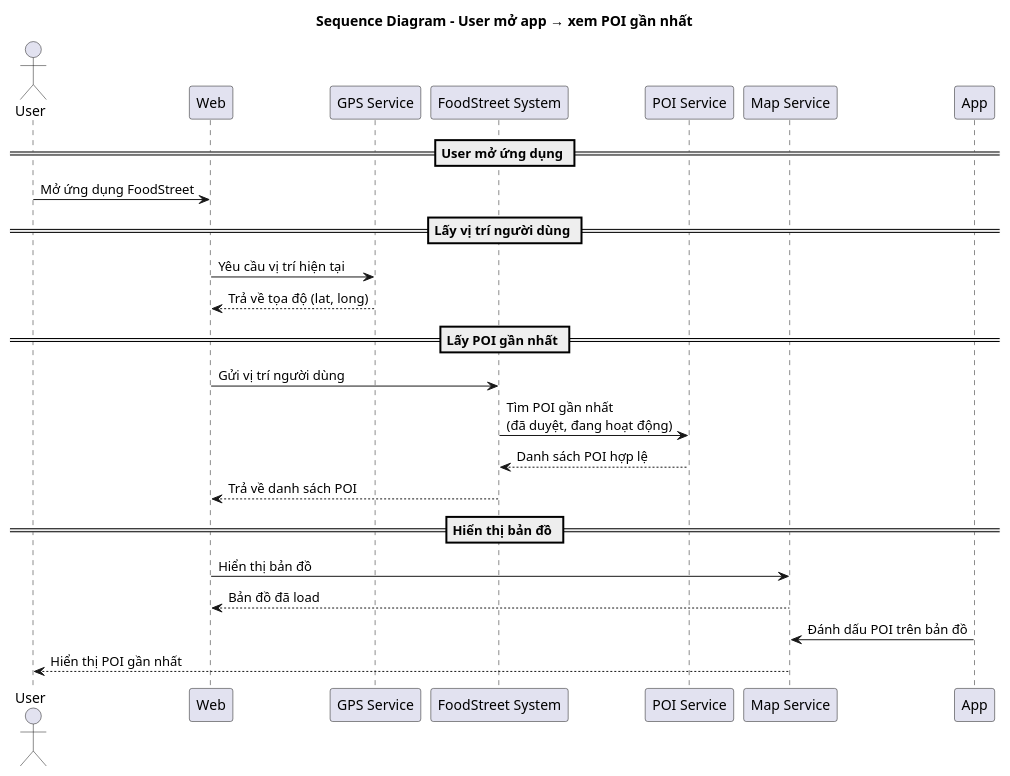
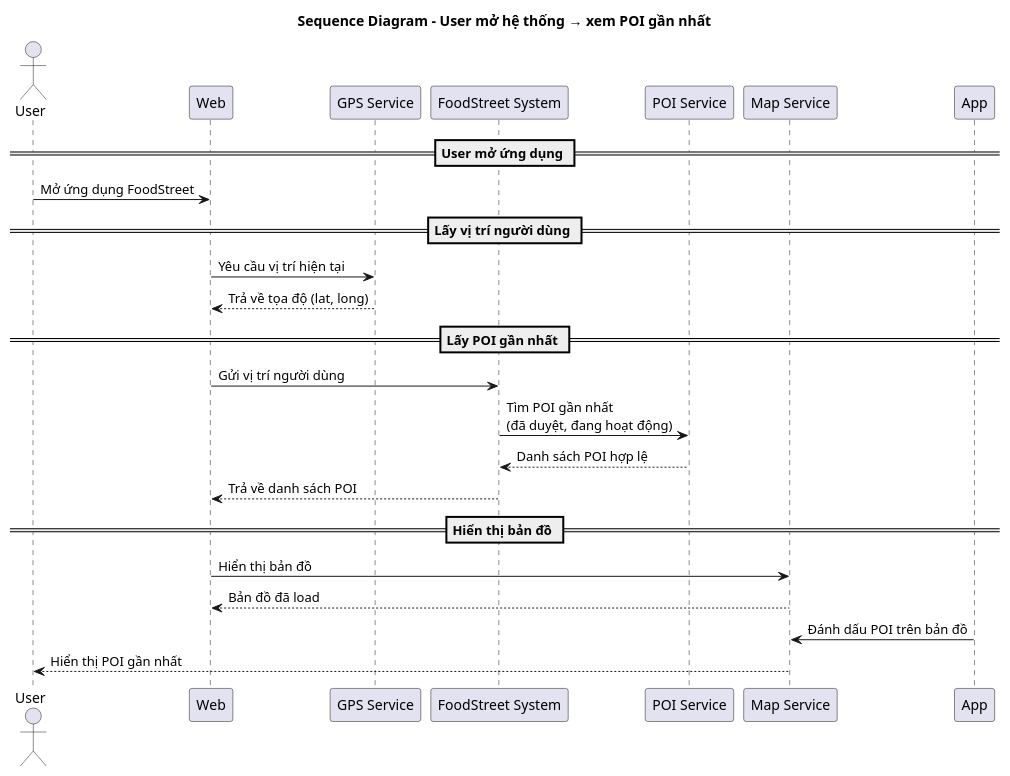
One commit to Quin19FD/foodstreet-guide-platform changed the diagram in SequenceDiagram/UserMoApp.puml. Above: the diagram before and after it, drawn with PlantUML. The commit also changed 2 other files, not shown here.

Commit message:
update diagrams

```diff
--- a/SequenceDiagram/UserMoApp.puml
+++ b/SequenceDiagram/UserMoApp.puml
@@ -1,31 +1,31 @@
 @startuml
-title Sequence Diagram - User mở app → xem POI gần nhất
+title Sequence Diagram - User mở hệ thống → xem POI gần nhất
 
 actor User
 participant "Web" as Web
 participant "GPS Service" as GPS
 participant "FoodStreet System" as System
 participant "POI Service" as POI
 participant "Map Service" as Map
 
 == User mở ứng dụng ==
 User -> Web : Mở ứng dụng FoodStreet
 
 == Lấy vị trí người dùng ==
 Web -> GPS : Yêu cầu vị trí hiện tại
 GPS --> Web : Trả về tọa độ (lat, long)
 
 == Lấy POI gần nhất ==
 Web -> System : Gửi vị trí người dùng
 System -> POI : Tìm POI gần nhất\n(đã duyệt, đang hoạt động)
 POI --> System : Danh sách POI hợp lệ
 System --> Web : Trả về danh sách POI
 
 == Hiển thị bản đồ ==
 Web -> Map : Hiển thị bản đồ
 Map --> Web : Bản đồ đã load
 
 App -> Map : Đánh dấu POI trên bản đồ
 Map --> User : Hiển thị POI gần nhất
 
 @enduml
```
